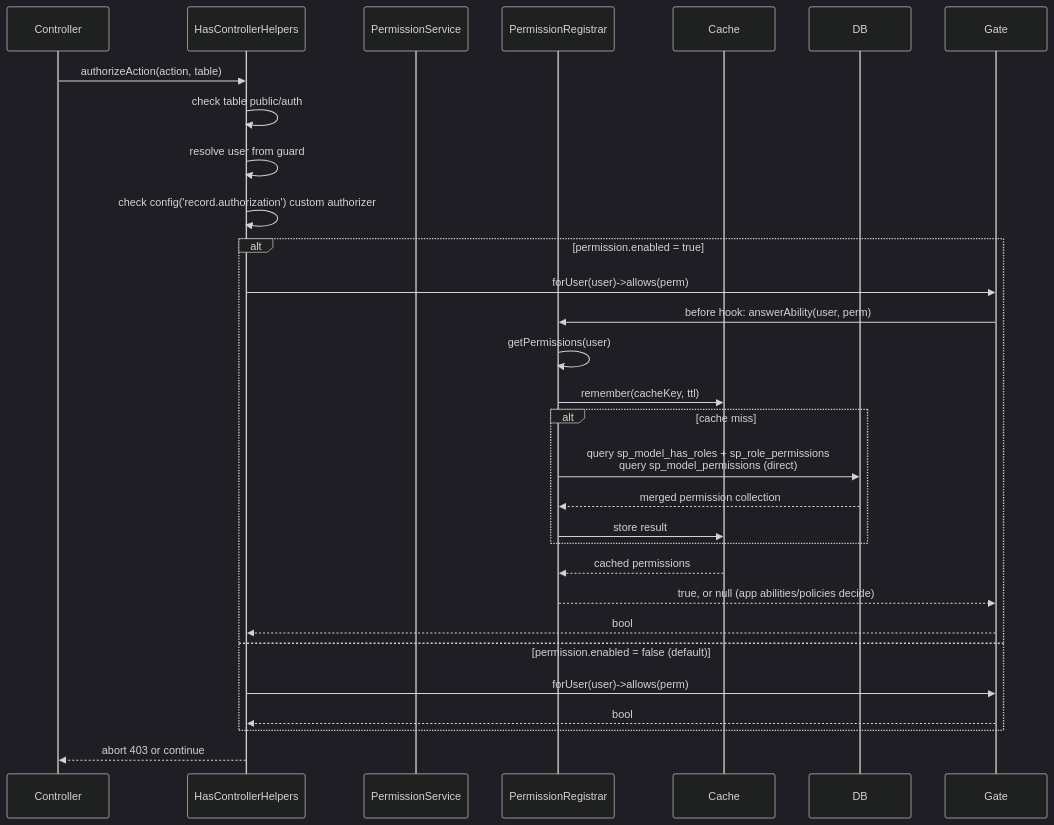
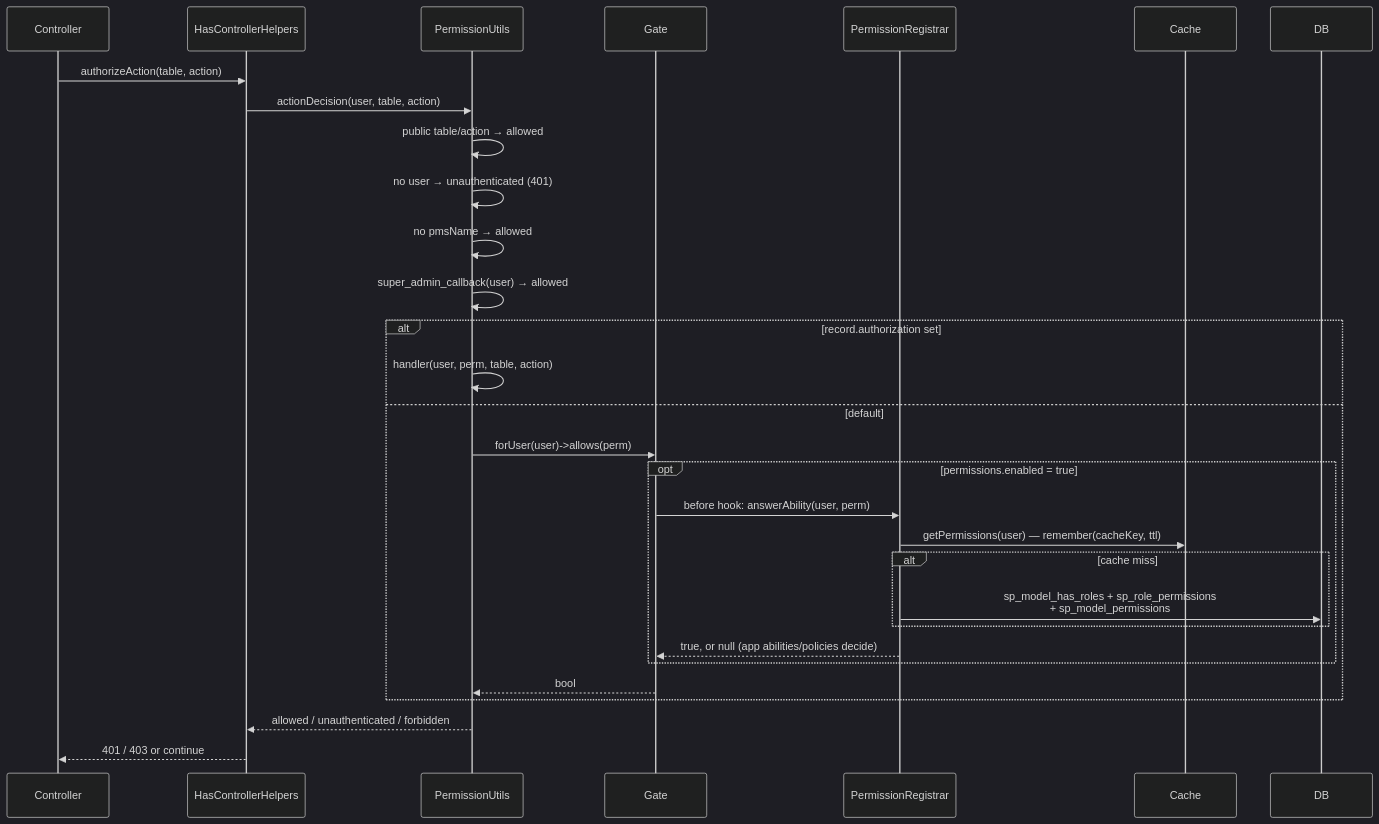
One commit to sopheaksem9999/sp-laravel-unified-api changed the second of 3 diagrams in docs/guide/features/feature-permission.md. Above: the diagram before and after it, drawn with Mermaid (dark theme). The commit also changed other lines of this file and 133 other files, not shown here.

Commit message:
feat: add AI record tools, schema converters, and MCP hooks with accompanying tests and documentation

````diff
--- a/docs/guide/features/feature-permission.md
+++ b/docs/guide/features/feature-permission.md
@@ -137,32 +137,33 @@
 ```mermaid
 sequenceDiagram
     participant C as Controller
     participant HCH as HasControllerHelpers
-    participant PS as PermissionService
+    participant PU as PermissionUtils
+    participant Gate
     participant PR as PermissionRegistrar
     participant Cache
     participant DB
 
-    C->>HCH: authorizeAction(action, table)
-    HCH->>HCH: check table public/auth
-    HCH->>HCH: resolve user from guard
-    HCH->>HCH: check config('record.authorization') custom authorizer
-    alt permission.enabled = true
-        HCH->>Gate: forUser(user)->allows(perm)
-        Gate->>PR: before hook: answerAbility(user, perm)
-        PR->>PR: getPermissions(user)
-        PR->>Cache: remember(cacheKey, ttl)
-        alt cache miss
-            PR->>DB: query sp_model_has_roles + sp_role_permissions<br/>query sp_model_permissions (direct)
-            DB-->>PR: merged permission collection
-            PR->>Cache: store result
+    C->>HCH: authorizeAction(table, action)
+    HCH->>PU: actionDecision(user, table, action)
+    PU->>PU: public table/action → allowed
+    PU->>PU: no user → unauthenticated (401)
+    PU->>PU: no pmsName → allowed
+    PU->>PU: super_admin_callback(user) → allowed
+    alt record.authorization set
+        PU->>PU: handler(user, perm, table, action)
+    else default
+        PU->>Gate: forUser(user)->allows(perm)
+        opt permissions.enabled = true
+            Gate->>PR: before hook: answerAbility(user, perm)
+            PR->>Cache: getPermissions(user) — remember(cacheKey, ttl)
+            alt cache miss
+                PR->>DB: sp_model_has_roles + sp_role_permissions<br/>+ sp_model_permissions
+            end
+            PR-->>Gate: true, or null (app abilities/policies decide)
         end
-        Cache-->>PR: cached permissions
-        PR-->>Gate: true, or null (app abilities/policies decide)
-        Gate-->>HCH: bool
-    else permission.enabled = false (default)
-        HCH->>Gate: forUser(user)->allows(perm)
-        Gate-->>HCH: bool
+        Gate-->>PU: bool
     end
-    HCH-->>C: abort 403 or continue
+    PU-->>HCH: allowed / unauthenticated / forbidden
+    HCH-->>C: 401 / 403 or continue
 ```
````
